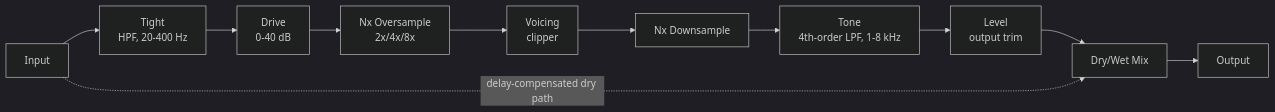
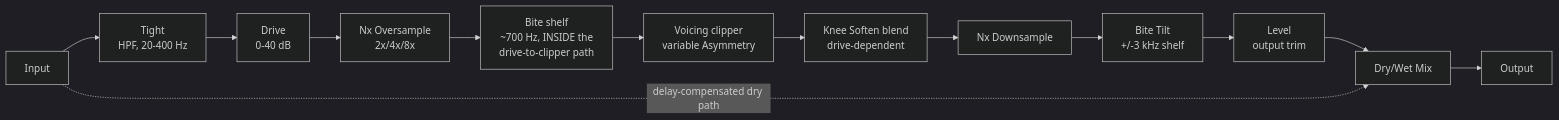
The diagram in docs/architecture.md (basilica-audio/Overture), drawn with Mermaid (dark theme) before and after one commit. The commit also changed other lines of this file and 44 other files, not shown here.

````diff
--- a/docs/architecture.md
+++ b/docs/architecture.md
@@ -5,13 +5,15 @@
 ```mermaid
 flowchart LR
     IN[Input] --> HPF[Tight<br/>HPF, 20-400 Hz]
     HPF --> DRIVE[Drive<br/>0-40 dB]
     DRIVE --> UP[Nx Oversample<br/>2x/4x/8x]
-    UP --> CLIP[Voicing<br/>clipper]
-    CLIP --> DOWN[Nx Downsample]
-    DOWN --> TONE[Tone<br/>4th-order LPF, 1-8 kHz]
-    TONE --> LEVEL[Level<br/>output trim]
+    UP --> BITE[Bite shelf<br/>~700 Hz, INSIDE the<br/>drive-to-clipper path]
+    BITE --> CLIP[Voicing clipper<br/>variable Asymmetry]
+    CLIP --> KNEE[Knee Soften blend<br/>drive-dependent]
+    KNEE --> DOWN[Nx Downsample]
+    DOWN --> TILT[Bite Tilt<br/>+/-3 kHz shelf]
+    TILT --> LEVEL[Level<br/>output trim]
     LEVEL --> MIX[Dry/Wet Mix]
     IN -.->|delay-compensated dry path| MIX
     MIX --> OUT[Output]
 ```
````
